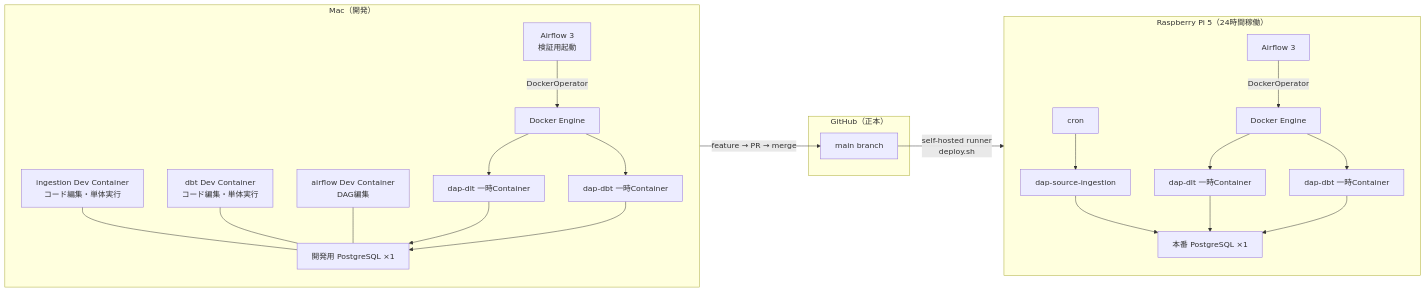
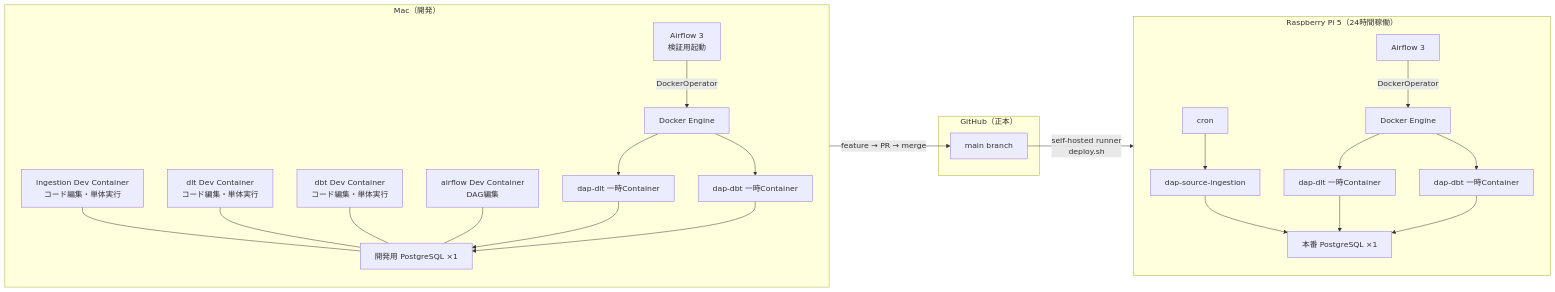
The second of 2 diagrams in README.md (SugiAki0926/SmallDataAnalyticsPlatform), drawn with Mermaid before and after one commit. The commit also changed 1 other file, not shown here.

````diff
--- a/README.md
+++ b/README.md
@@ -48,44 +48,46 @@
 ```mermaid
 flowchart LR
   subgraph MacLate["Mac（開発）"]
     DC_I2["ingestion Dev Container<br/>コード編集・単体実行"]
+    DC_L2["dlt Dev Container<br/>コード編集・単体実行"]
     DC_D2["dbt Dev Container<br/>コード編集・単体実行"]
     DC_A2["airflow Dev Container<br/>DAG編集"]
     AF_M["Airflow 3<br/>検証用起動"]
     ENG_M["Docker Engine"]
     EL_M["dap-dlt 一時Container"]
     DBT_M["dap-dbt 一時Container"]
     PG2["開発用 PostgreSQL ×1"]
     DC_I2 --- PG2
+    DC_L2 --- PG2
     DC_D2 --- PG2
     DC_A2 --- PG2
     AF_M -->|"DockerOperator"| ENG_M
     ENG_M --> EL_M
     ENG_M --> DBT_M
     EL_M --> PG2
     DBT_M --> PG2
   end
 
   subgraph GH2["GitHub（正本）"]
     MAIN2["main branch"]
   end
 
   subgraph Pi["Raspberry Pi 5（24時間稼働）"]
     CRON["cron"]
     SRC_IMG["dap-source-ingestion"]
     AF["Airflow 3"]
     ENGINE["Docker Engine"]
     EL_IMG["dap-dlt 一時Container"]
     DBT_IMG["dap-dbt 一時Container"]
     PG_PRD["本番 PostgreSQL ×1"]
     CRON --> SRC_IMG --> PG_PRD
     AF -->|"DockerOperator"| ENGINE
     ENGINE --> EL_IMG
     ENGINE --> DBT_IMG
     EL_IMG --> PG_PRD
     DBT_IMG --> PG_PRD
   end
 
   MacLate -->|"feature → PR → merge"| MAIN2
   MAIN2 -->|"self-hosted runner<br/>deploy.sh"| Pi
 ```
````
